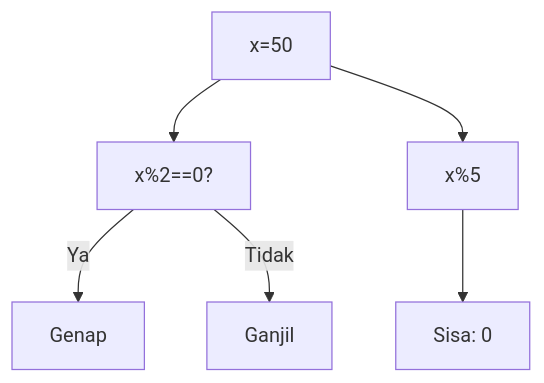
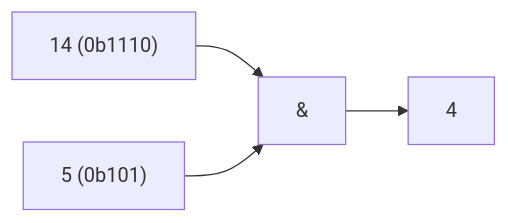
The third of 25 diagrams in part-c-pemahaman-cpp/06-bitwise/latihan/set-03.md (amnahwaida/OSNK_INF_PREP), drawn with Mermaid before and after one commit. The commit also changed other lines of this file and 71 other files, not shown here.

````diff
--- a/part-c-pemahaman-cpp/06-bitwise/latihan/set-03.md
+++ b/part-c-pemahaman-cpp/06-bitwise/latihan/set-03.md
@@ -86,8 +73,6 @@
 ```mermaid
-graph TD
-A["x=50"] --> B["x%2==0?"]
-B -- Ya --> C["Genap"]
-B -- Tidak --> D["Ganjil"]
-A --> E["x%5"]
-E --> F["Sisa: 0"]
+graph LR
+A["14 (0b1110)"] --> C["&"]
+B["5 (0b101)"] --> C
+C --> D["4"]
 ```
````
